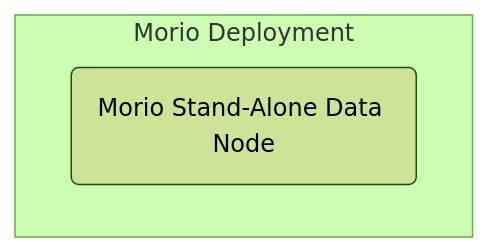
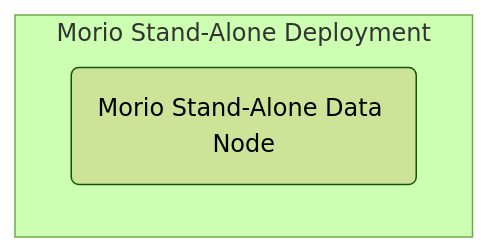
One commit to certeu/morio changed the first of 4 diagrams in docs/docs/reference/deploy/readme.md. Above: the diagram before and after it, drawn with Mermaid (forest theme). The commit also changed other lines of this file and 31 other files, not shown here.

````diff
--- a/docs/docs/reference/deploy/readme.md
+++ b/docs/docs/reference/deploy/readme.md
@@ -18,6 +18,6 @@
 ```mermaid
 flowchart TD
-  subgraph Morio Deployment
+  subgraph Morio Stand-Alone Deployment
     m("Morio Stand-Alone Data Node")
   end
 ```
````
